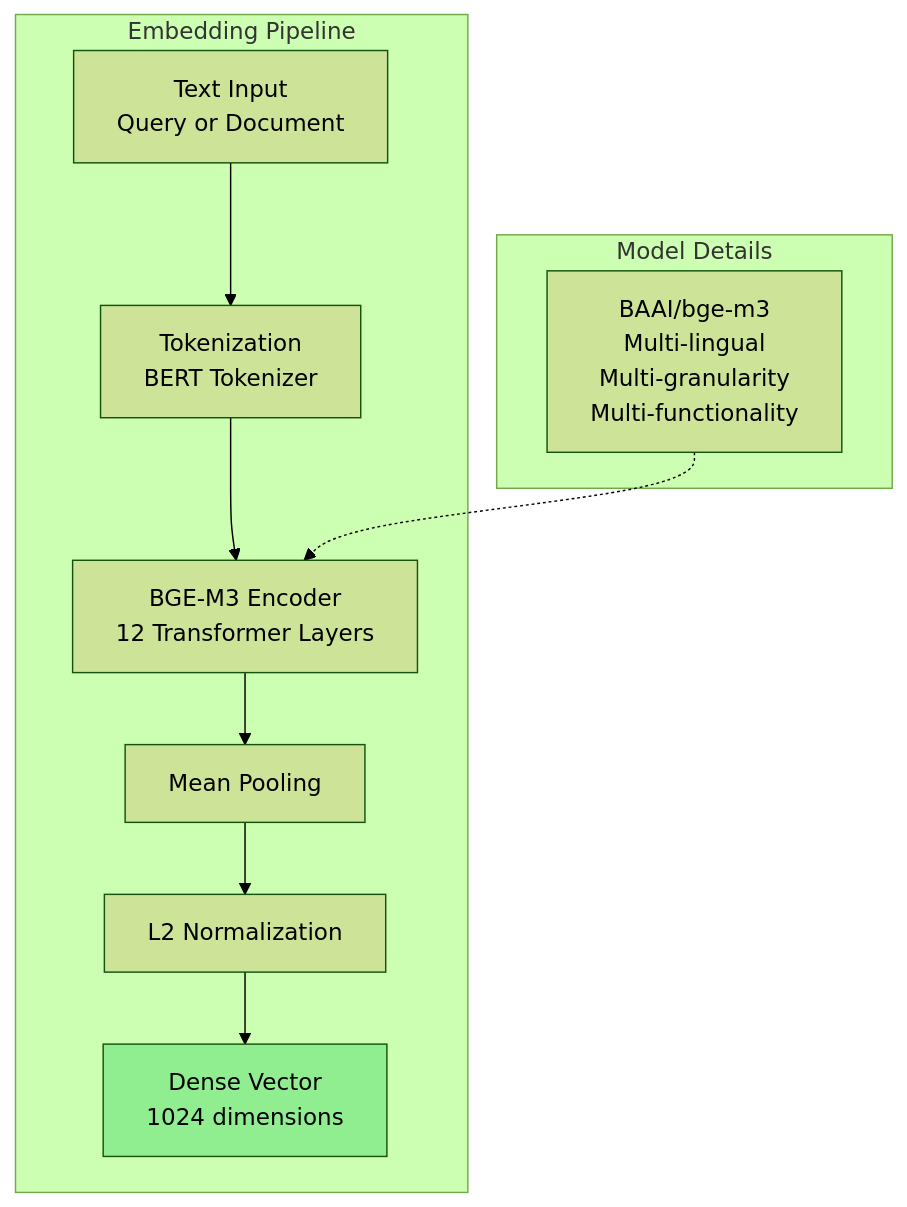
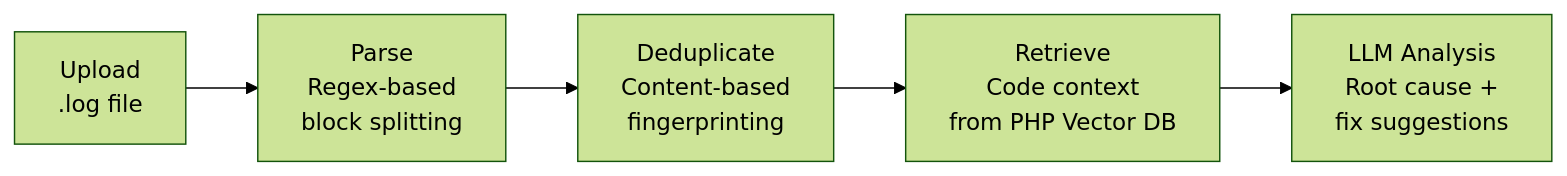
The fourth of 4 diagrams in README.md (yash-ganatra/Banking-knowledgeAssistance), drawn with Mermaid (forest theme) before and after one commit. The commit also changed other lines of this file, not shown here.

````diff
--- a/README.md
+++ b/README.md
@@ -2777,25 +275,7 @@
 ```mermaid
-graph TB
-    subgraph "Embedding Pipeline"
-        TXT[Text Input<br/>Query or Document]
-        TOK[Tokenization<br/>BERT Tokenizer]
-        ENC[BGE-M3 Encoder<br/>12 Transformer Layers]
-        POOL[Mean Pooling]
-        NORM[L2 Normalization]
-        VEC[Dense Vector<br/>1024 dimensions]
-    end
-    
-    subgraph "Model Details"
-        MODEL[BAAI/bge-m3<br/>Multi-lingual<br/>Multi-granularity<br/>Multi-functionality]
-    end
-    
-    TXT --> TOK
-    TOK --> ENC
-    ENC --> POOL
-    POOL --> NORM
-    NORM --> VEC
-    
-    MODEL -.-> ENC
-    
-    style VEC fill:#90ee90
+graph LR
+    UPLOAD[Upload<br/>.log file] --> PARSE[Parse<br/>Regex-based<br/>block splitting]
+    PARSE --> DEDUP[Deduplicate<br/>Content-based<br/>fingerprinting]
+    DEDUP --> RETRIEVE[Retrieve<br/>Code context<br/>from PHP Vector DB]
+    RETRIEVE --> ANALYZE[LLM Analysis<br/>Root cause +<br/>fix suggestions]
 ```
````
